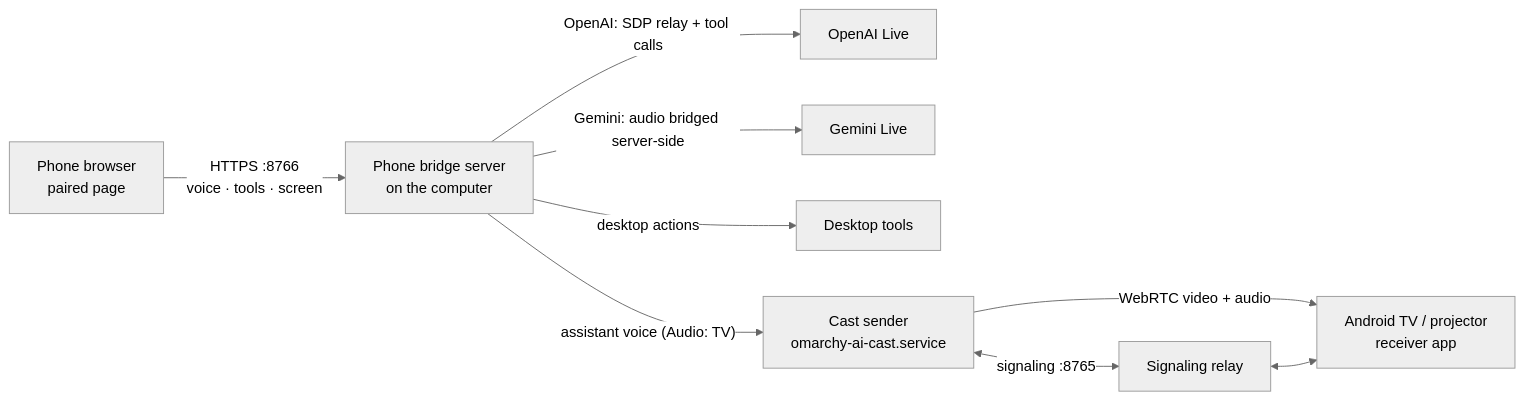
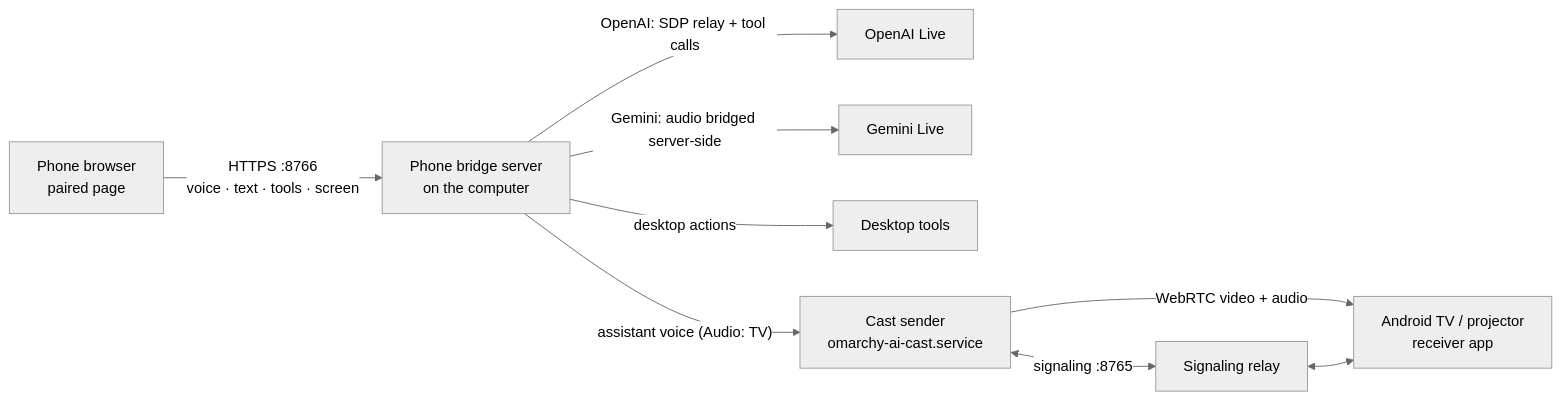
Before and after one commit to omribenami/Omarchy-AI: the second of 2 diagrams in README.md, drawn with Mermaid (neutral theme). The commit also changed other lines of this file, not shown here.

````diff
--- a/README.md
+++ b/README.md
@@ -456,10 +507,10 @@
 ```mermaid
 flowchart LR
-    P[Phone browser<br/>paired page] -- "HTTPS :8766<br/>voice · tools · screen" --> S[Phone bridge server<br/>on the computer]
+    P[Phone browser<br/>paired page] -- "HTTPS :8766<br/>voice · text · tools · screen" --> S[Phone bridge server<br/>on the computer]
     S -- OpenAI: SDP relay + tool calls --> O[OpenAI Live]
     S -- Gemini: audio bridged server-side --> GL[Gemini Live]
     S -- desktop actions --> D[Desktop tools]
     S -- "assistant voice (Audio: TV)" --> C
     C[Cast sender<br/>omarchy-ai-cast.service] -- "WebRTC video + audio" --> TV[Android TV / projector<br/>receiver app]
     C <-- "signaling :8765" --> G[Signaling relay] <--> TV
 ```
````
